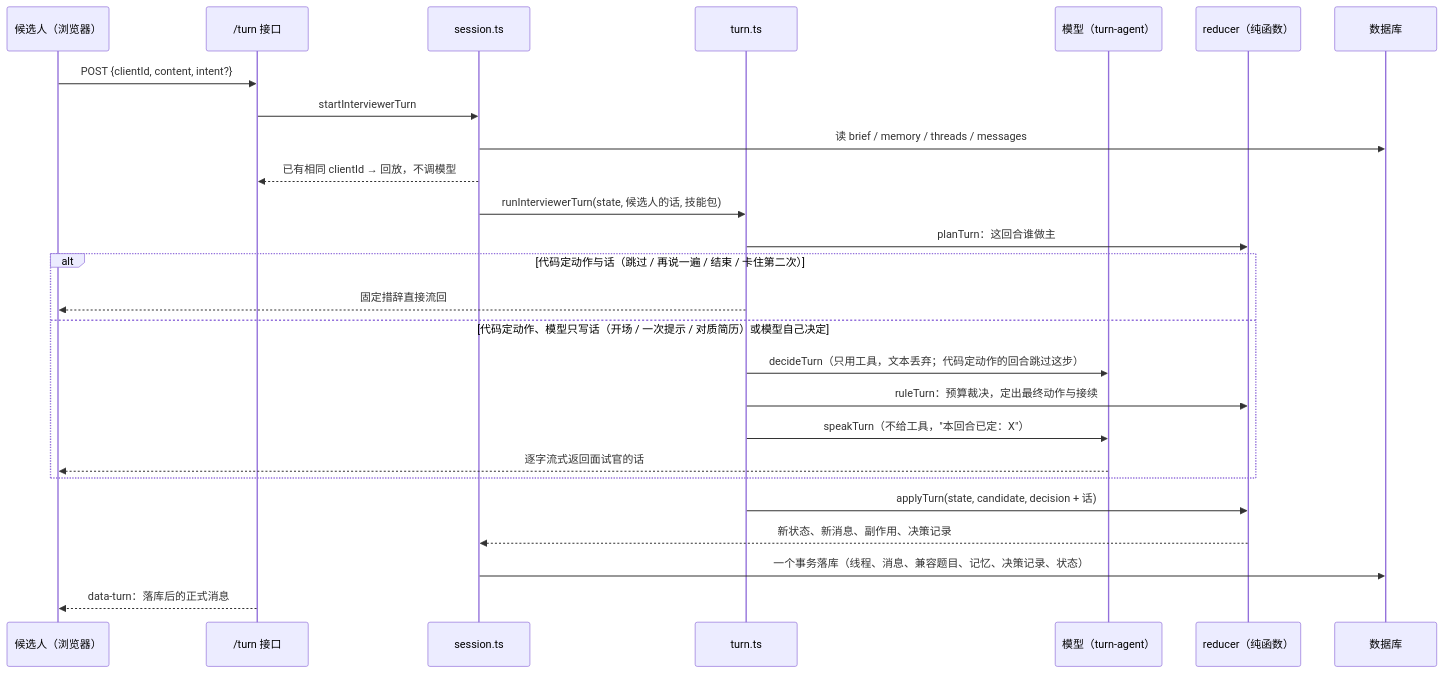
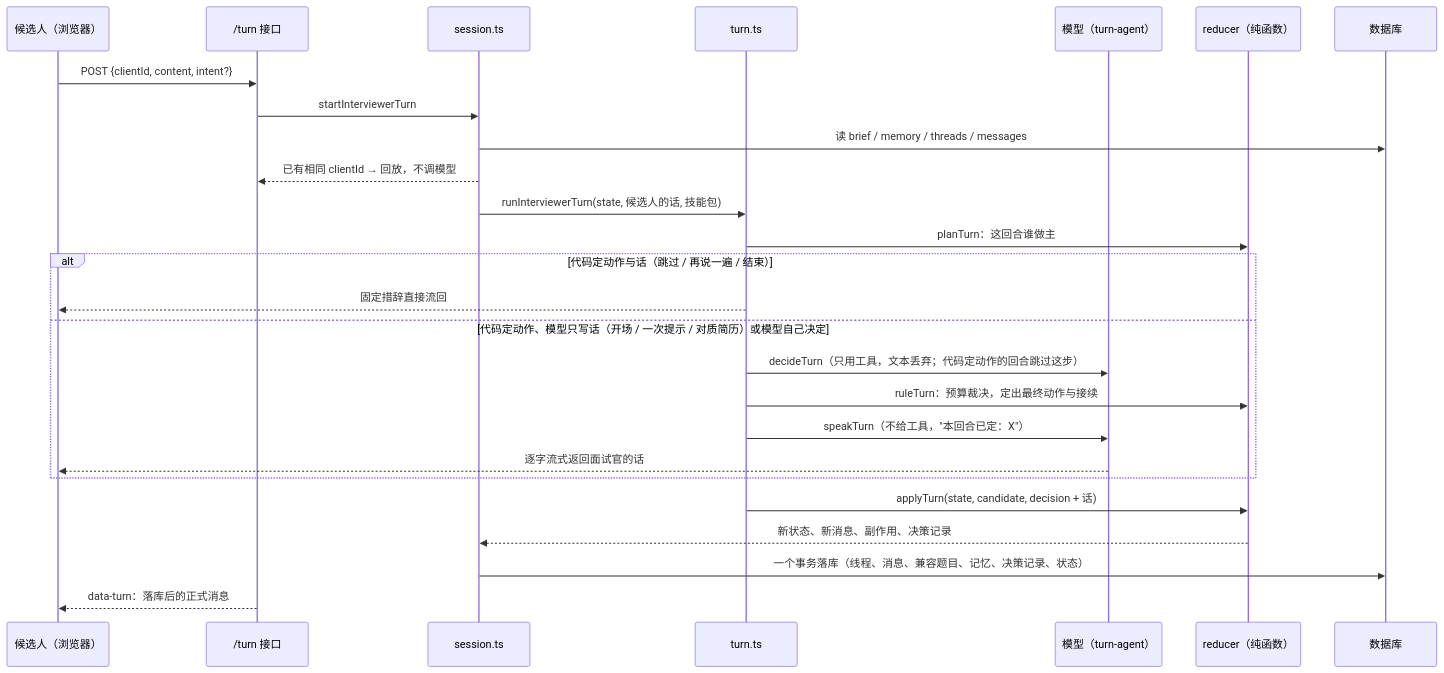
The diagram in docs/interview-flow-during.md (yuecao365/OfferCome), drawn with Mermaid before and after one commit. The commit also changed other lines of this file and 34 other files, not shown here.

````diff
--- a/docs/interview-flow-during.md
+++ b/docs/interview-flow-during.md
@@ -8,29 +8,29 @@
 ```mermaid
 sequenceDiagram
   participant U as 候选人（浏览器）
   participant R as /turn 接口
   participant S as session.ts
   participant T as turn.ts
   participant M as 模型（turn-agent）
   participant D as reducer（纯函数）
   participant DB as 数据库
 
   U->>R: POST {clientId, content, intent?}
   R->>S: startInterviewerTurn
   S->>DB: 读 brief / memory / threads / messages
   S-->>R: 已有相同 clientId → 回放，不调模型
   S->>T: runInterviewerTurn(state, 候选人的话, 技能包)
   T->>D: planTurn：这回合谁做主
-  alt 代码定动作与话（跳过 / 再说一遍 / 结束 / 卡住第二次）
+  alt 代码定动作与话（跳过 / 再说一遍 / 结束）
     T-->>U: 固定措辞直接流回
   else 代码定动作、模型只写话（开场 / 一次提示 / 对质简历）或模型自己决定
     T->>M: decideTurn（只用工具，文本丢弃；代码定动作的回合跳过这步）
     T->>D: ruleTurn：预算裁决，定出最终动作与接续
     T->>M: speakTurn（不给工具，"本回合已定：X"）
     M-->>U: 逐字流式返回面试官的话
   end
   T->>D: applyTurn(state, candidate, decision + 话)
   D-->>S: 新状态、新消息、副作用、决策记录
   S->>DB: 一个事务落库（线程、消息、兼容题目、记忆、决策记录、状态）
   R-->>U: data-turn：落库后的正式消息
 ```
````
